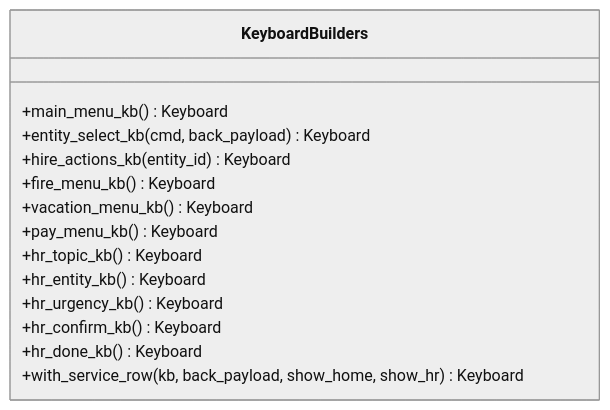
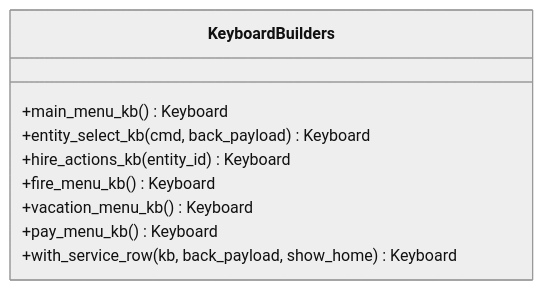
The sixth of 14 diagrams in .qoder/repowiki/en/content/VK Integration/Employment Lifecycle Management.md (ognelis/cafetera_hr_bot), drawn with Mermaid (neutral theme) before and after one commit. The commit also changed other lines of this file and 16 other files, not shown here.

````diff
--- a/.qoder/repowiki/en/content/VK Integration/Employment Lifecycle Management.md
+++ b/.qoder/repowiki/en/content/VK Integration/Employment Lifecycle Management.md
@@ -247,17 +246,12 @@
 ```mermaid
 classDiagram
 class KeyboardBuilders {
 +main_menu_kb() Keyboard
 +entity_select_kb(cmd, back_payload) Keyboard
 +hire_actions_kb(entity_id) Keyboard
 +fire_menu_kb() Keyboard
 +vacation_menu_kb() Keyboard
 +pay_menu_kb() Keyboard
-+hr_topic_kb() Keyboard
-+hr_entity_kb() Keyboard
-+hr_urgency_kb() Keyboard
-+hr_confirm_kb() Keyboard
-+hr_done_kb() Keyboard
-+with_service_row(kb, back_payload, show_home, show_hr) Keyboard
++with_service_row(kb, back_payload, show_home) Keyboard
 }
 ```
````
